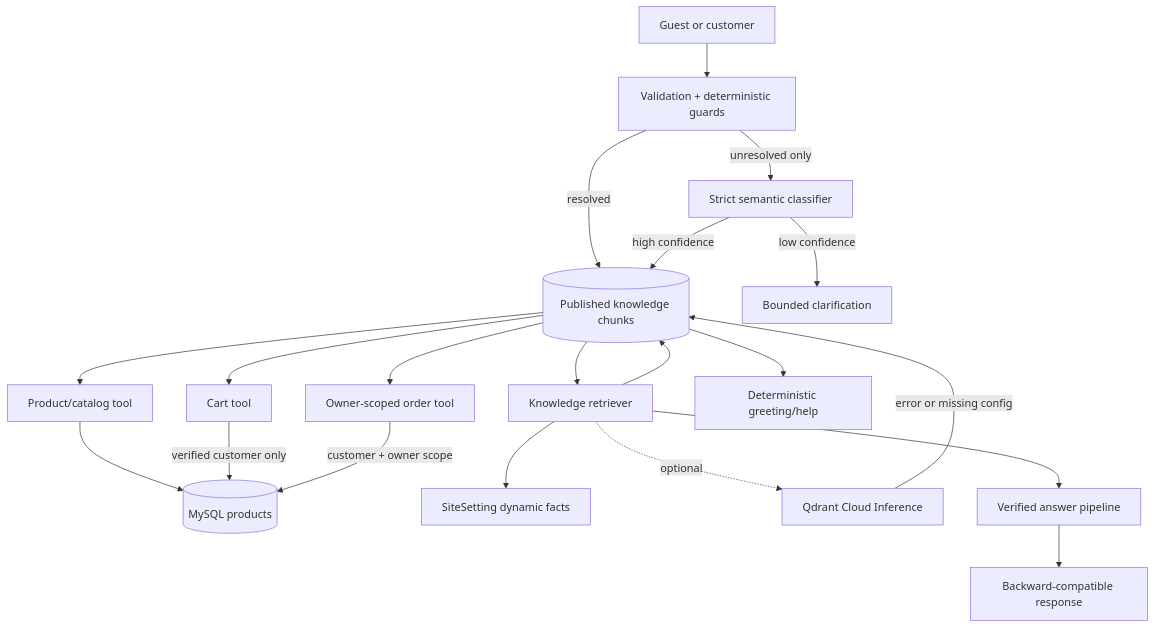
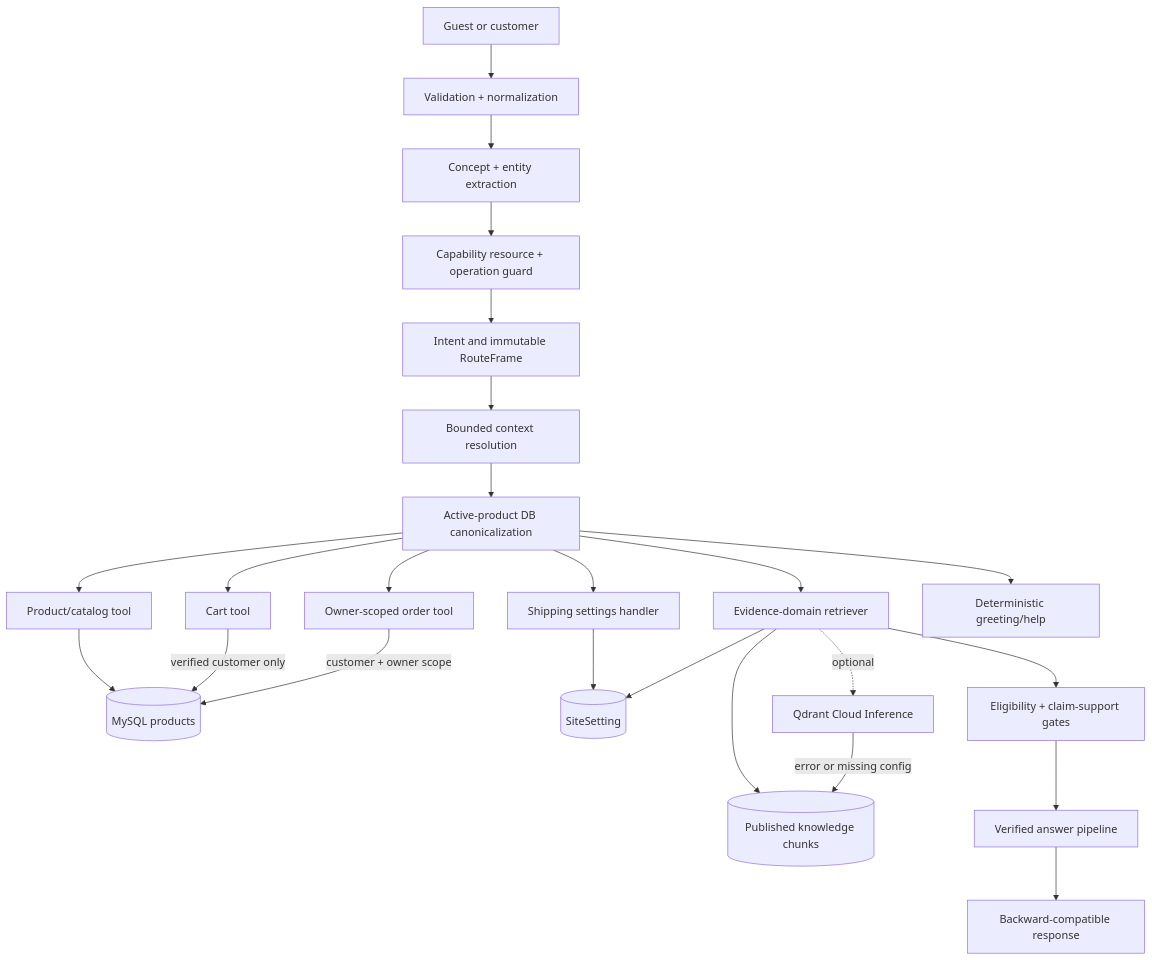
The diagram in docs/chat-architecture.md (khanhlinhcode/BE_Farta-Market-), drawn with Mermaid before and after one commit. The commit also changed other lines of this file and 255 other files, not shown here.

First line of the commit message:
feat(chat): phase 16 entity extraction, security audit, cleanup

````diff
--- a/docs/chat-architecture.md
+++ b/docs/chat-architecture.md
@@ -10,22 +10,26 @@
 ```mermaid
 flowchart TD
-    U[Guest or customer] --> API[Validation + deterministic guards]
-    API -->|resolved| D[Bounded intent]
-    API -->|unresolved only| R[Strict semantic classifier]
-    R -->|low confidence| Q[Bounded clarification]
-    R -->|high confidence| D
-    D --> P[Product/catalog tool]
-    D --> C[Cart tool]
-    D --> O[Owner-scoped order tool]
-    D --> K[Knowledge retriever]
-    D --> G[Deterministic greeting/help]
+    U[Guest or customer] --> API[Validation + normalization]
+    API --> X[Concept + entity extraction]
+    X --> CG[Capability resource + operation guard]
+    CG --> D[Intent and immutable RouteFrame]
+    D --> CTX[Bounded context resolution]
+    CTX --> CAN[Active-product DB canonicalization]
+    CAN --> P[Product/catalog tool]
+    CAN --> C[Cart tool]
+    CAN --> O[Owner-scoped order tool]
+    CAN --> S[Shipping settings handler]
+    CAN --> K[Evidence-domain retriever]
+    CAN --> G[Deterministic greeting/help]
     P --> DB[(MySQL products)]
     C -->|verified customer only| DB
     O -->|customer + owner scope| DB
-    K --> S[SiteSetting dynamic facts]
-    K --> D[(Published knowledge chunks)]
+    S --> SS[(SiteSetting)]
+    K --> SS
+    K --> KD[(Published knowledge chunks)]
     K -. optional .-> V[Qdrant Cloud Inference]
-    V -->|error or missing config| D
-    K --> A[Verified answer pipeline]
+    V -->|error or missing config| KD
+    K --> E[Eligibility + claim-support gates]
+    E --> A[Verified answer pipeline]
     A --> OUT[Backward-compatible response]
 ```
````
